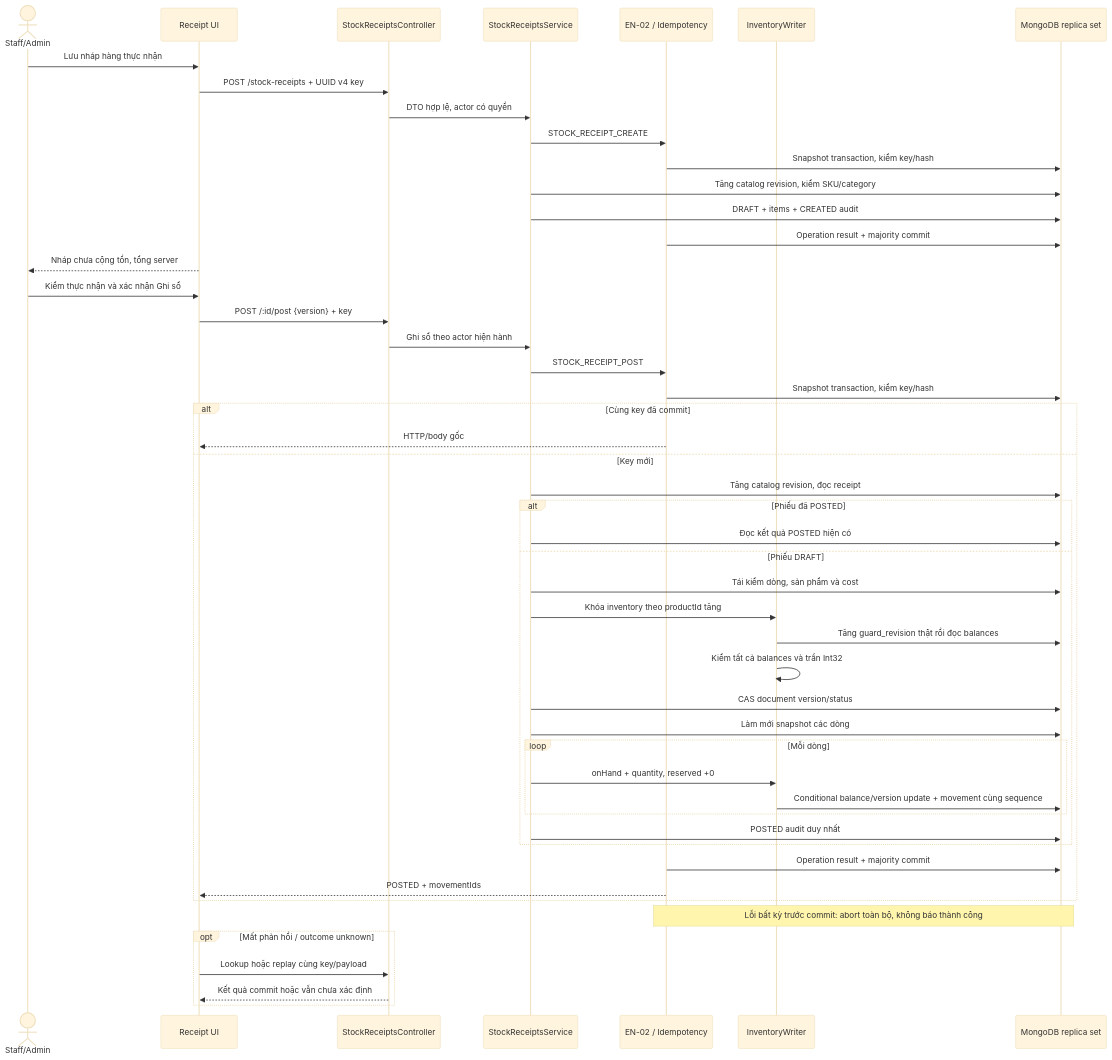
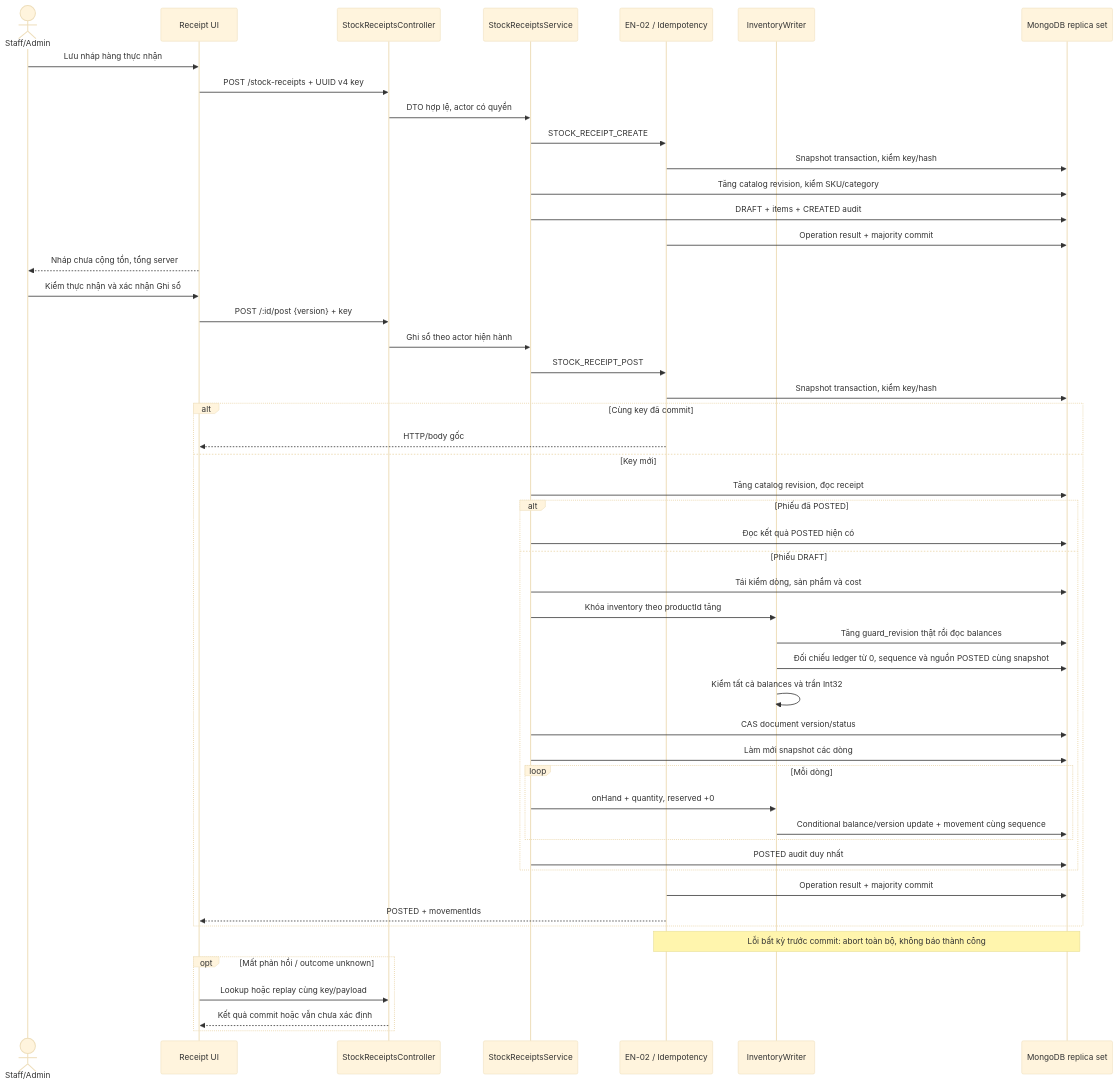
Before and after one commit to jkw188/gym-management: the diagram in docs/stock-receipts-sequence.mmd, drawn with Mermaid (base theme). The commit also changed 26 other files, not shown here.

```diff
--- a/docs/stock-receipts-sequence.mmd
+++ b/docs/stock-receipts-sequence.mmd
@@ -1,49 +1,50 @@
 sequenceDiagram
   actor Operator as Staff/Admin
   participant UI as Receipt UI
   participant API as StockReceiptsController
   participant Service as StockReceiptsService
   participant UOW as EN-02 / Idempotency
   participant Writer as InventoryWriter
   participant DB as MongoDB replica set
   Operator->>UI: Lưu nháp hàng thực nhận
   UI->>API: POST /stock-receipts + UUID v4 key
   API->>Service: DTO hợp lệ, actor có quyền
   Service->>UOW: STOCK_RECEIPT_CREATE
   UOW->>DB: Snapshot transaction, kiểm key/hash
   Service->>DB: Tăng catalog revision, kiểm SKU/category
   Service->>DB: DRAFT + items + CREATED audit
   UOW->>DB: Operation result + majority commit
   UI-->>Operator: Nháp chưa cộng tồn, tổng server
   Operator->>UI: Kiểm thực nhận và xác nhận Ghi sổ
   UI->>API: POST /:id/post {version} + key
   API->>Service: Ghi sổ theo actor hiện hành
   Service->>UOW: STOCK_RECEIPT_POST
   UOW->>DB: Snapshot transaction, kiểm key/hash
   alt Cùng key đã commit
     UOW-->>UI: HTTP/body gốc
   else Key mới
     Service->>DB: Tăng catalog revision, đọc receipt
     alt Phiếu đã POSTED
       Service->>DB: Đọc kết quả POSTED hiện có
     else Phiếu DRAFT
       Service->>DB: Tái kiểm dòng, sản phẩm và cost
       Service->>Writer: Khóa inventory theo productId tăng
       Writer->>DB: Tăng guard_revision thật rồi đọc balances
+      Writer->>DB: Đối chiếu ledger từ 0, sequence và nguồn POSTED cùng snapshot
       Writer->>Writer: Kiểm tất cả balances và trần Int32
       Service->>DB: CAS document version/status
       Service->>DB: Làm mới snapshot các dòng
       loop Mỗi dòng
         Service->>Writer: onHand + quantity, reserved +0
         Writer->>DB: Conditional balance/version update + movement cùng sequence
       end
       Service->>DB: POSTED audit duy nhất
     end
     UOW->>DB: Operation result + majority commit
     UOW-->>UI: POSTED + movementIds
   end
   Note over UOW,DB: Lỗi bất kỳ trước commit: abort toàn bộ, không báo thành công
   opt Mất phản hồi / outcome unknown
     UI->>API: Lookup hoặc replay cùng key/payload
     API-->>UI: Kết quả commit hoặc vẫn chưa xác định
   end
```
